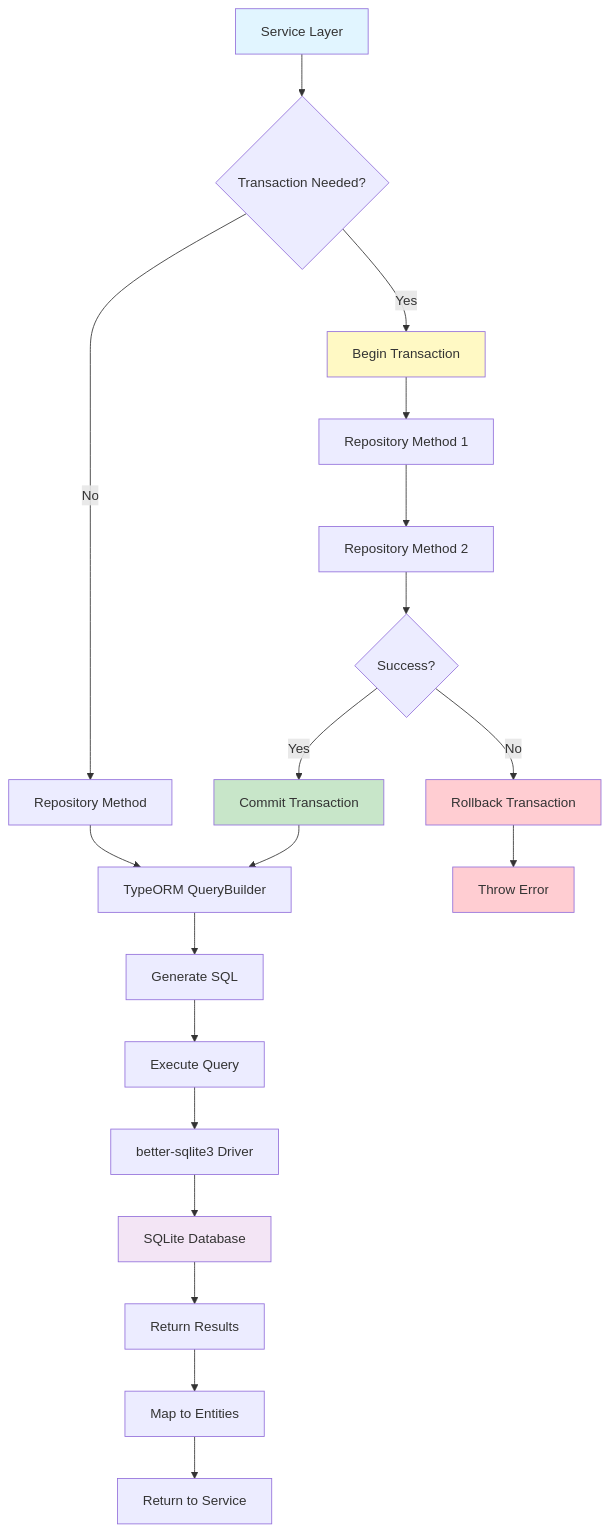
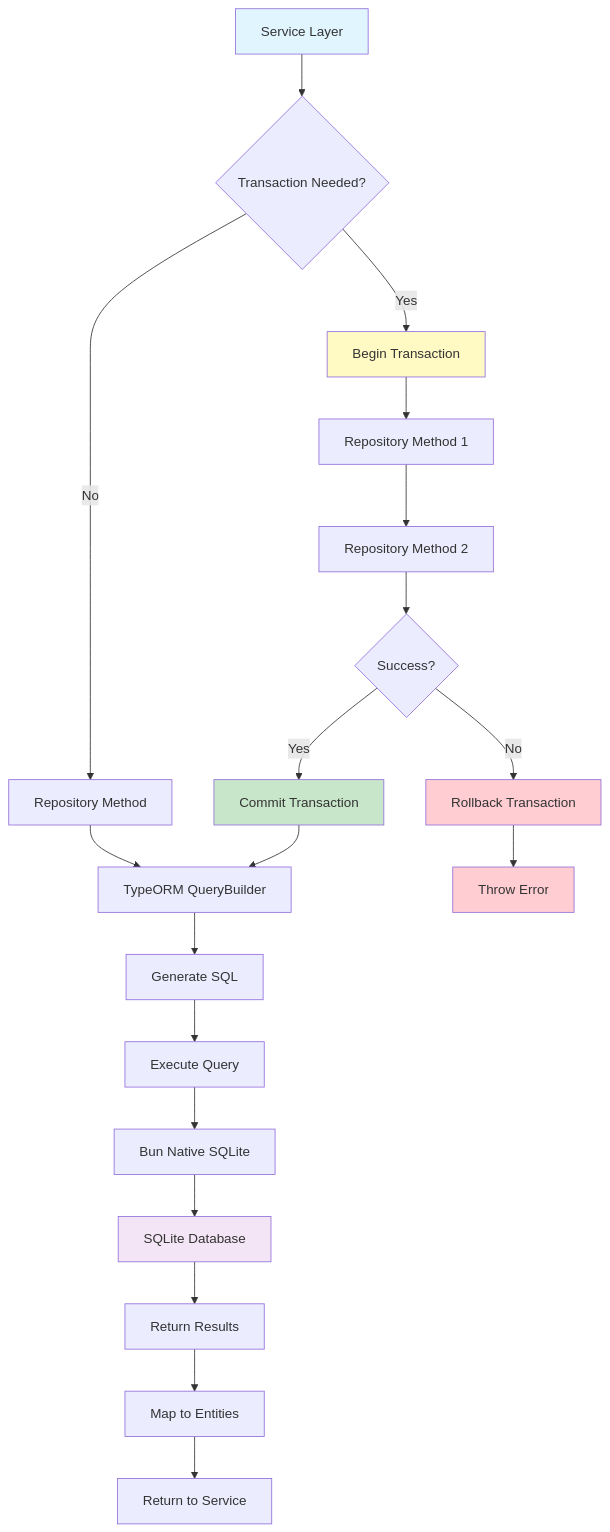
The seventh of 15 diagrams in docs/ARCHITECTURE.md (NivaldoFarias/brain-agro-management), drawn with Mermaid before and after one commit. The commit also changed other lines of this file and 13 other files, not shown here.

````diff
--- a/docs/ARCHITECTURE.md
+++ b/docs/ARCHITECTURE.md
@@ -493,31 +493,31 @@
 ```mermaid
 graph TD
     A[Service Layer] --> B{Transaction Needed?}
     B -->|Yes| C[Begin Transaction]
     B -->|No| D[Repository Method]
 
     C --> E[Repository Method 1]
     E --> F[Repository Method 2]
     F --> G{Success?}
     G -->|Yes| H[Commit Transaction]
     G -->|No| I[Rollback Transaction]
 
     D --> J[TypeORM QueryBuilder]
     H --> J
     I --> K[Throw Error]
 
     J --> L[Generate SQL]
     L --> M[Execute Query]
-    M --> N[better-sqlite3 Driver]
+    M --> N[Bun Native SQLite]
     N --> O[SQLite Database]
     O --> P[Return Results]
     P --> Q[Map to Entities]
     Q --> R[Return to Service]
 
     style A fill:#e1f5ff
     style C fill:#fff9c4
     style H fill:#c8e6c9
     style I fill:#ffcdd2
     style K fill:#ffcdd2
     style O fill:#f3e5f5
 ```
````
